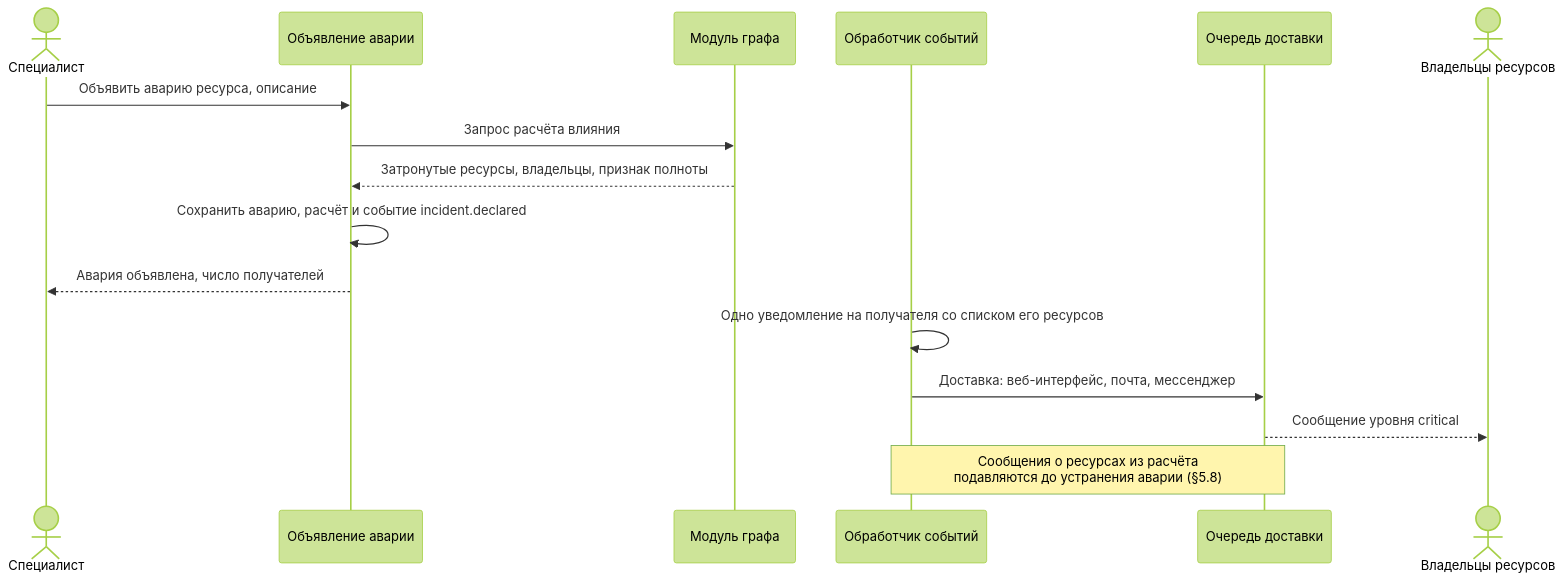
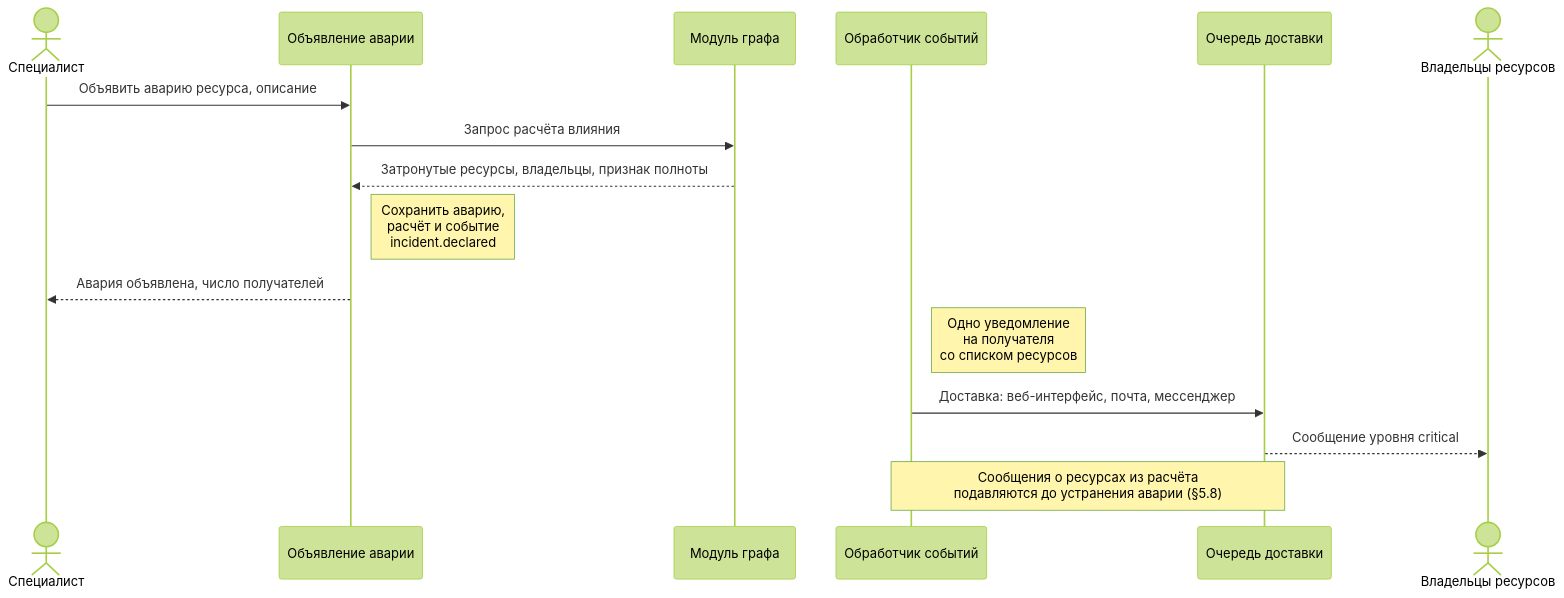
The second of 3 diagrams in docs/05-notifications.md (kosrusal/it_resource_accounting), drawn with Mermaid (forest theme) before and after one commit. The commit also changed other lines of this file, not shown here.

First line of the commit message:
Устранить наложение подписей на диаграммах оповещений

````diff
--- a/docs/05-notifications.md
+++ b/docs/05-notifications.md
@@ -165,19 +165,19 @@
 ```mermaid
 sequenceDiagram
     actor S as Специалист
     participant I as Объявление аварии
     participant G as Модуль графа
     participant P as Обработчик событий
     participant Q as Очередь доставки
     actor O as Владельцы ресурсов
 
     S->>I: Объявить аварию ресурса, описание
     I->>G: Запрос расчёта влияния
     G-->>I: Затронутые ресурсы, владельцы, признак полноты
-    I->>I: Сохранить аварию, расчёт и событие incident.declared
+    Note right of I: Сохранить аварию,<br/>расчёт и событие<br/>incident.declared
     I-->>S: Авария объявлена, число получателей
-    P->>P: Одно уведомление на получателя со списком его ресурсов
+    Note right of P: Одно уведомление<br/>на получателя<br/>со списком ресурсов
     P->>Q: Доставка: веб-интерфейс, почта, мессенджер
     Q-->>O: Сообщение уровня critical
     Note over P,Q: Сообщения о ресурсах из расчёта<br/>подавляются до устранения аварии (§5.8)
 ```
````
